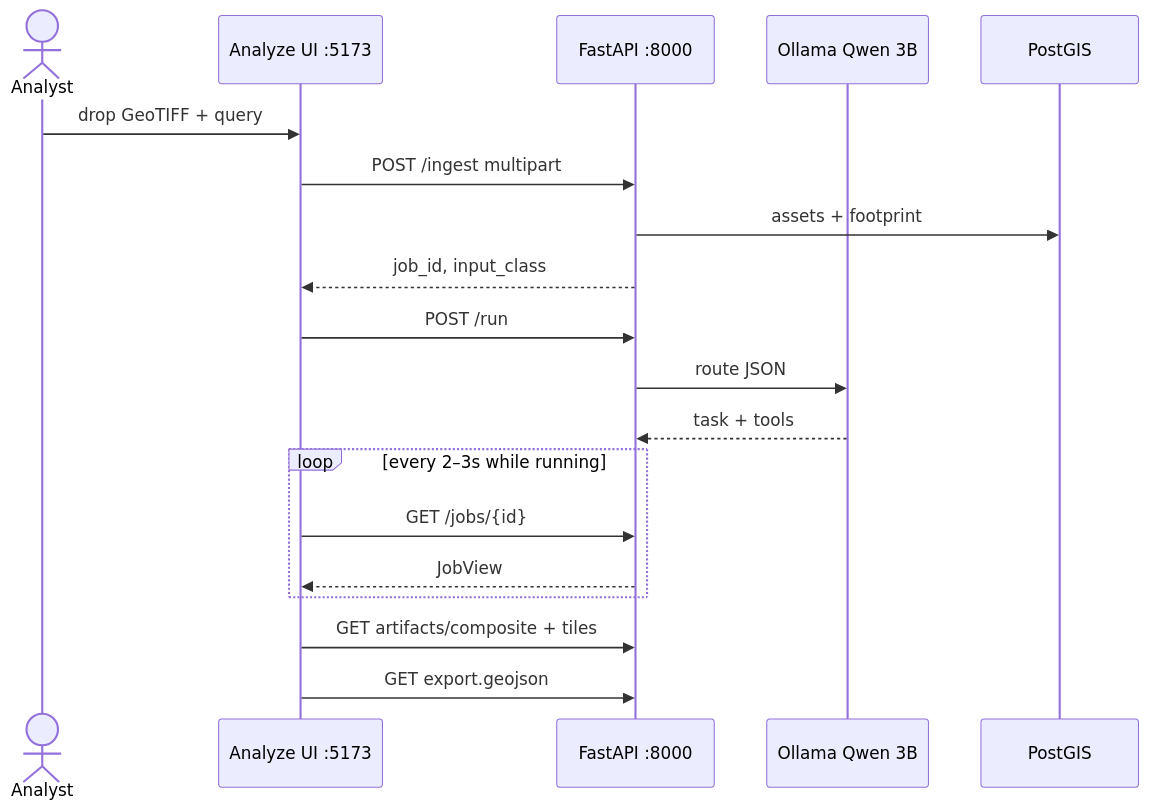
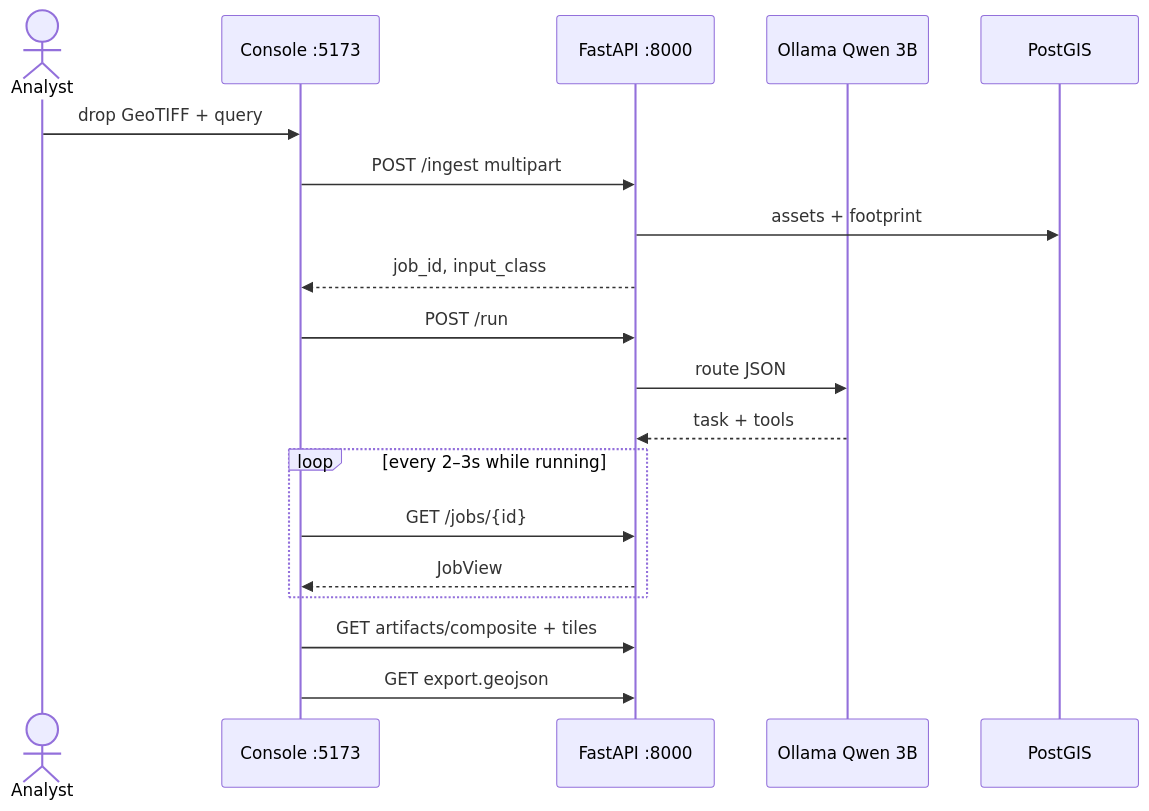
Before and after one commit to amulyagavankar20-glitch/SatQuery: the fourth of 4 diagrams in README.md, drawn with Mermaid. The commit also changed other lines of this file and 76 other files, not shown here.

First line of the commit message:
feat(web): Replace HUD Analyze console with SatQuery operator UI

````diff
--- a/README.md
+++ b/README.md
@@ -203,22 +203,22 @@
 ```mermaid
 sequenceDiagram
   actor Analyst
-  participant UI as Analyze UI :5173
+  participant UI as Console :5173
   participant API as FastAPI :8000
   participant Qwen as Ollama Qwen 3B
   participant PG as PostGIS
 
   Analyst->>UI: drop GeoTIFF + query
   UI->>API: POST /ingest multipart
   API->>PG: assets + footprint
   API-->>UI: job_id, input_class
   UI->>API: POST /run
   API->>Qwen: route JSON
   Qwen-->>API: task + tools
   loop every 2–3s while running
     UI->>API: GET /jobs/{id}
     API-->>UI: JobView
   end
   UI->>API: GET artifacts/composite + tiles
   UI->>API: GET export.geojson
 ```
````
